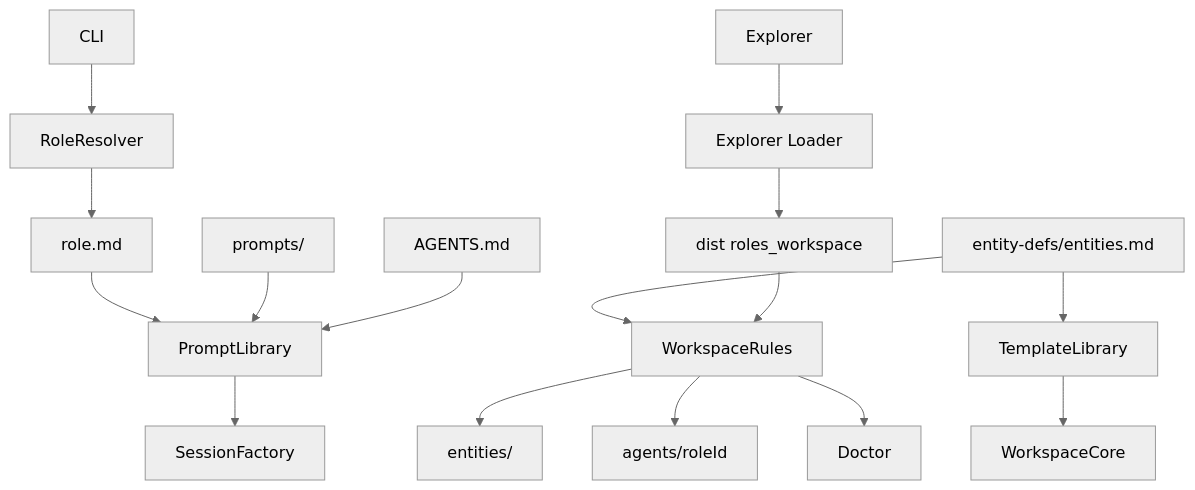
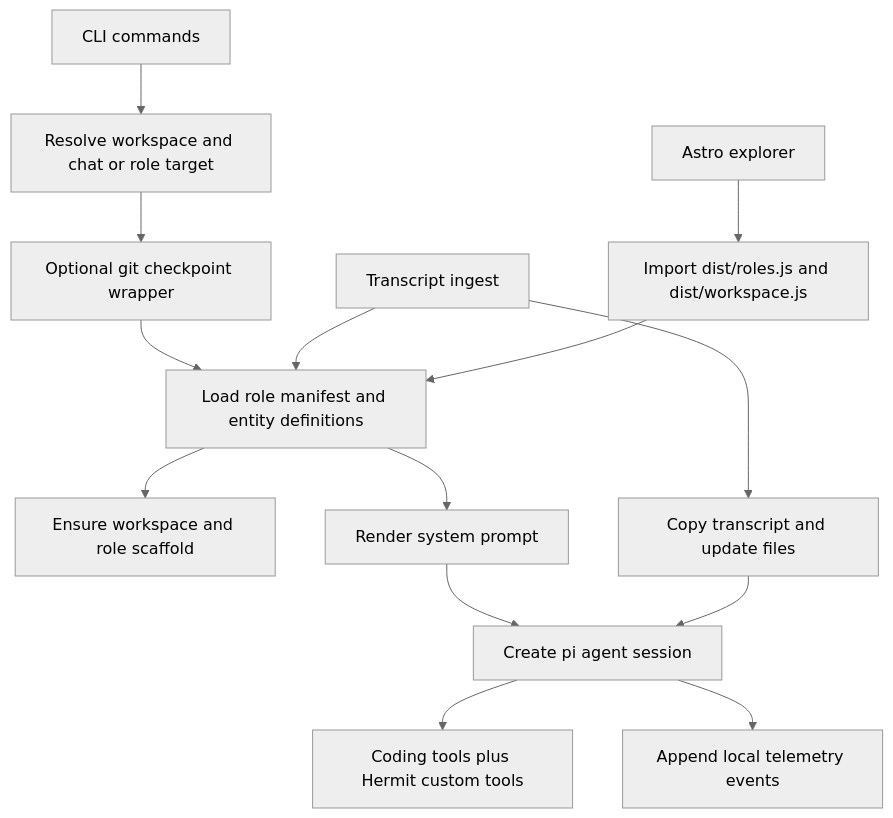
The diagram in docs/architecture.md (benschrauwen/hermit), drawn with Mermaid (neutral theme) before and after one commit. The commit also changed other lines of this file and 6 other files, not shown here.

````diff
--- a/docs/architecture.md
+++ b/docs/architecture.md
@@ -89,18 +46,16 @@
 ```mermaid
 flowchart TD
-  cli[CLI] --> roleResolver[RoleResolver]
-  explorer[Explorer] --> explorerLoader[Explorer Loader]
-  explorerLoader --> workspaceDist[dist roles_workspace]
-  roleResolver --> roleManifest[role.md]
-  entityDefs[entity-defs/entities.md] --> templateLibrary[TemplateLibrary]
-  entityDefs --> workspaceRules[WorkspaceRules]
-  roleManifest --> promptLibrary[PromptLibrary]
-  workspaceRules --> entitiesData[entities/]
-  workspaceRules --> agentData[agents/roleId]
-  sharedPrompts[prompts/] --> promptLibrary[PromptLibrary]
-  agentsMd[AGENTS.md] --> promptLibrary
-  promptLibrary --> sessionFactory[SessionFactory]
-  templateLibrary --> workspaceCore[WorkspaceCore]
-  workspaceDist --> workspaceRules
-  workspaceRules --> doctor[Doctor]
+  cli[CLI commands] --> resolve[Resolve workspace and chat or role target]
+  resolve --> checkpoint[Optional git checkpoint wrapper]
+  checkpoint --> load[Load role manifest and entity definitions]
+  load --> scaffold[Ensure workspace and role scaffold]
+  load --> prompt[Render system prompt]
+  prompt --> session[Create pi agent session]
+  session --> tools[Coding tools plus Hermit custom tools]
+  session --> telemetry[Append local telemetry events]
+  ingest[Transcript ingest] --> load
+  ingest --> files[Copy transcript and update files]
+  files --> session
+  explorer[Astro explorer] --> dist[Import dist/roles.js and dist/workspace.js]
+  dist --> load
 ```
````
